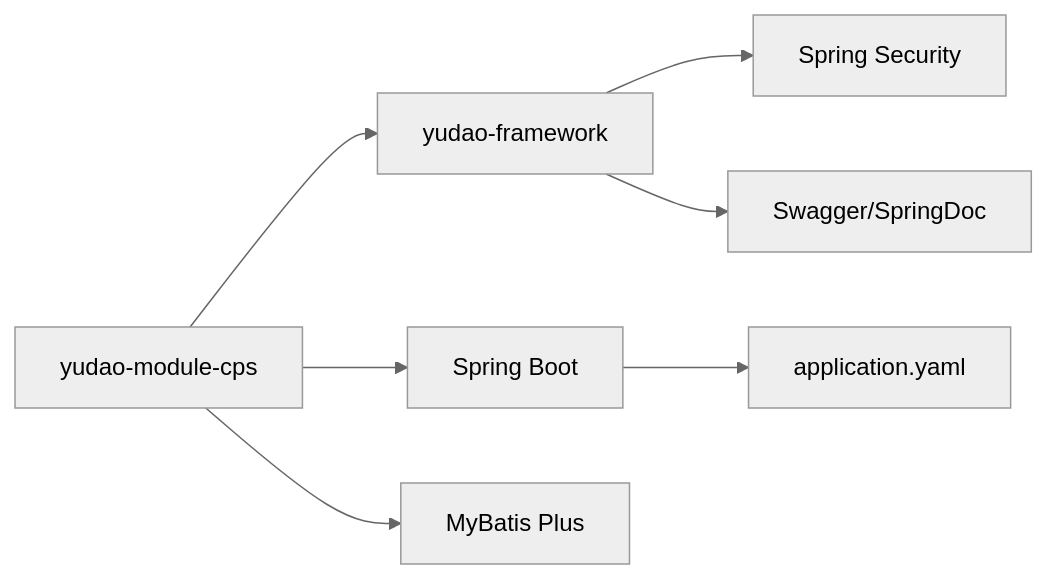
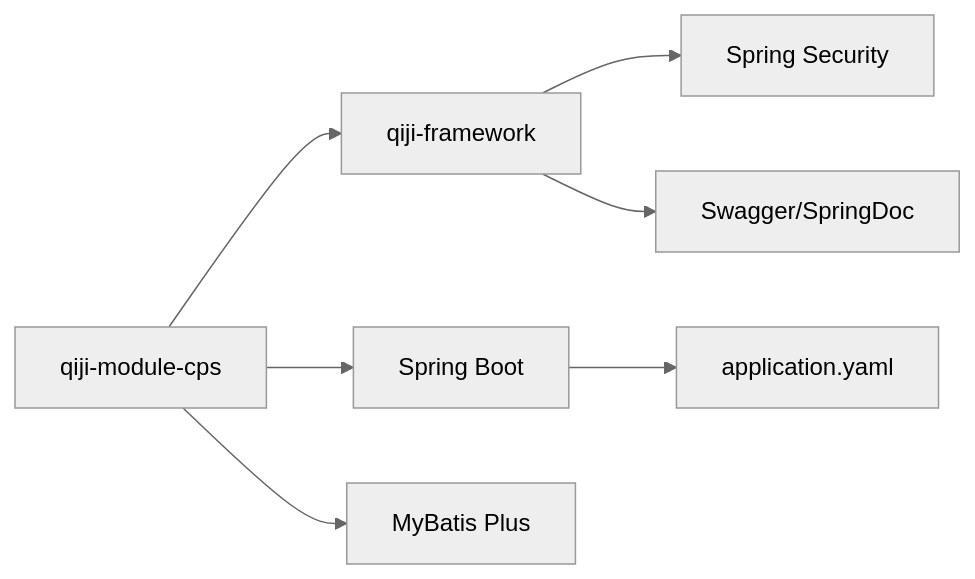
One commit to zhuangpengLI/AgenticCPS changed the seventh of 7 diagrams in backend/.qoder/repowiki/zh/content/开发指南/代码规范与最佳实践.md. Above: the diagram before and after it, drawn with Mermaid (neutral theme). The commit also changed other lines of this file and 3489 other files, not shown here.

````diff
--- a/backend/.qoder/repowiki/zh/content/开发指南/代码规范与最佳实践.md
+++ b/backend/.qoder/repowiki/zh/content/开发指南/代码规范与最佳实践.md
@@ -215,9 +215,9 @@
 ```mermaid
 graph LR
-CPS["yudao-module-cps"] --> FW["yudao-framework"]
+CPS["qiji-module-cps"] --> FW["qiji-framework"]
 CPS --> SB["Spring Boot"]
 CPS --> MP["MyBatis Plus"]
 FW --> SEC["Spring Security"]
 FW --> SWG["Swagger/SpringDoc"]
 SB --> CFG["application.yaml"]
 ```
````
